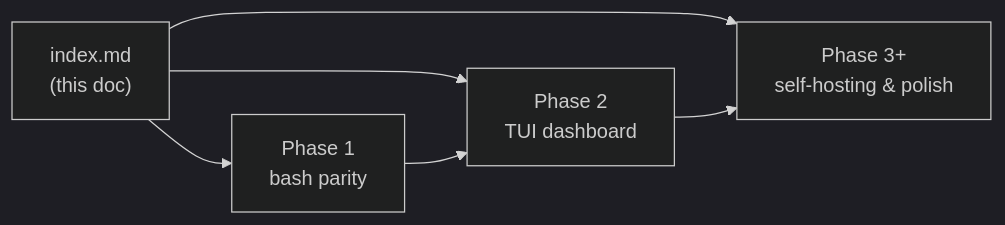
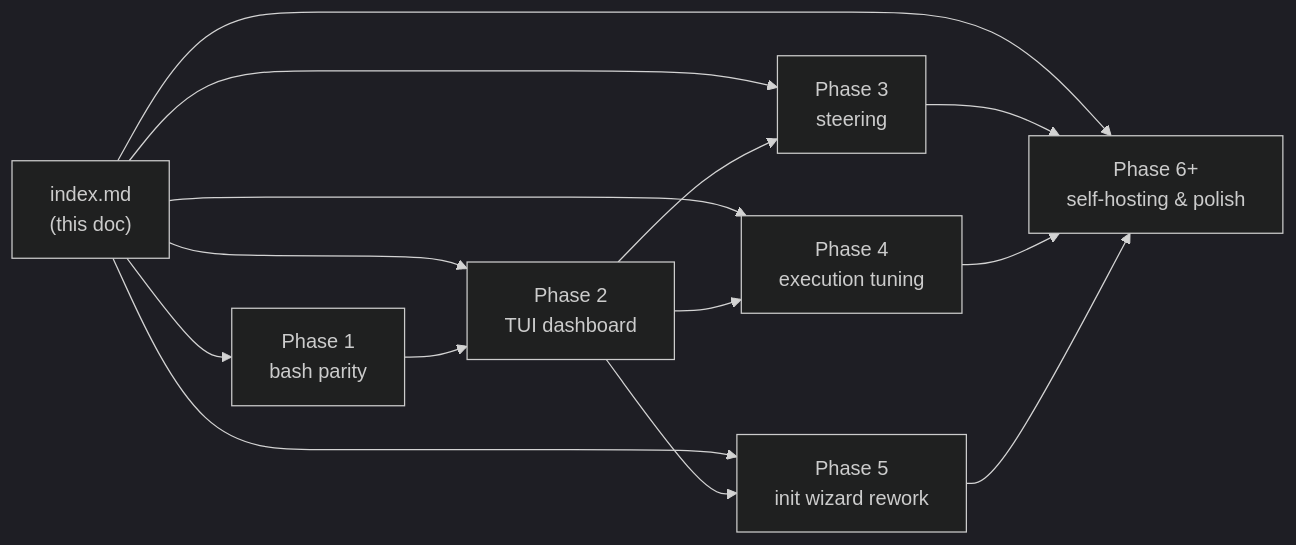
The second of 2 diagrams in docs/specs/buchecha-mvp/index.md (fgmacedo/buchecha), drawn with Mermaid (dark theme) before and after one commit. The commit also changed other lines of this file and 3 other files, not shown here.

````diff
--- a/docs/specs/buchecha-mvp/index.md
+++ b/docs/specs/buchecha-mvp/index.md
@@ -61,8 +61,16 @@
 ```mermaid
 graph LR
     INIT["index.md<br/>(this doc)"] --> P1["Phase 1<br/>bash parity"]
     INIT --> P2["Phase 2<br/>TUI dashboard"]
-    INIT --> P3["Phase 3+<br/>self-hosting & polish"]
+    INIT --> P3["Phase 3<br/>steering"]
+    INIT --> P4["Phase 4<br/>execution tuning"]
+    INIT --> P5["Phase 5<br/>init wizard rework"]
+    INIT --> P6["Phase 6+<br/>self-hosting & polish"]
     P1 --> P2
     P2 --> P3
+    P2 --> P4
+    P2 --> P5
+    P3 --> P6
+    P4 --> P6
+    P5 --> P6
 ```
````
